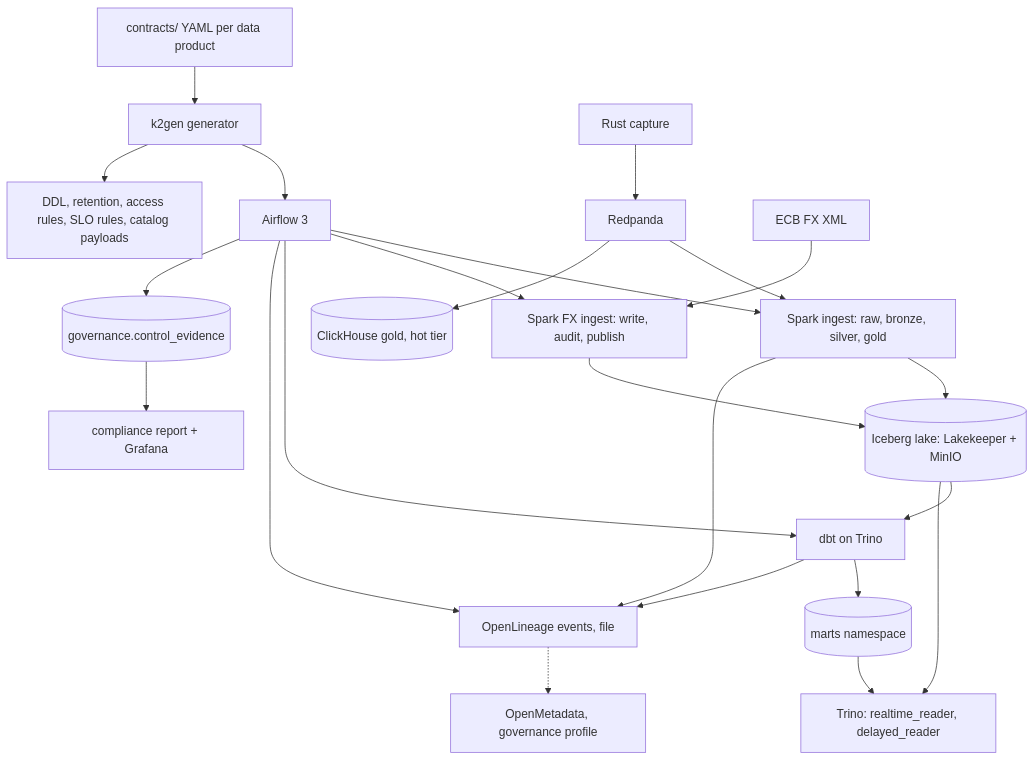
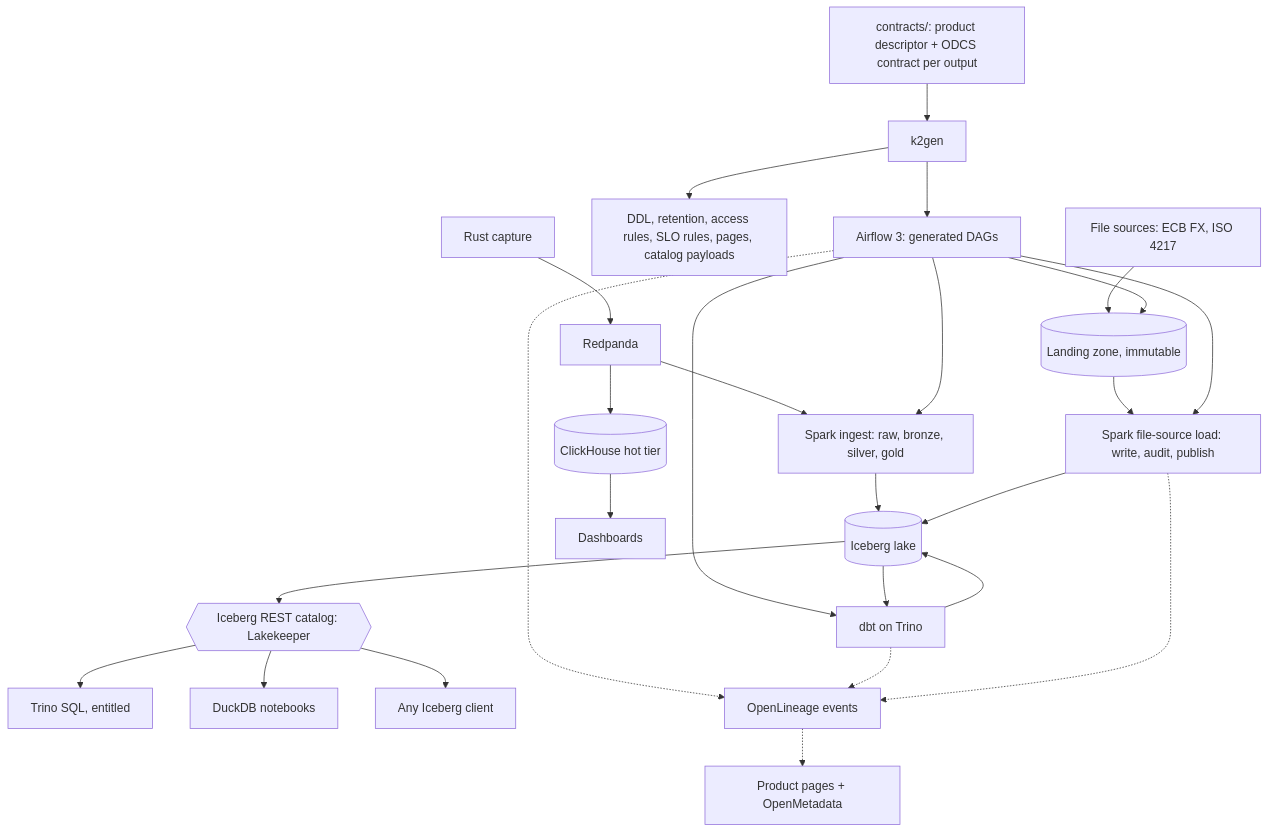
One commit to rjdscott/k2-market-data-platform changed the diagram in docs/plans/2026-11-24-governed-self-serve-platform/README.md. Above: the diagram before and after it, drawn with Mermaid. The commit also changed other lines of this file and 7 other files, not shown here.

First line of the commit message:
docs(plans): product as the unit, a file-source ingestion pattern, access points on one catalog

````diff
--- a/docs/plans/2026-11-24-governed-self-serve-platform/README.md
+++ b/docs/plans/2026-11-24-governed-self-serve-platform/README.md
@@ -189,28 +209,32 @@
 ```mermaid
 flowchart TB
-    C[contracts/ YAML per data product] --> G[k2gen generator]
-    G --> A[Airflow 3]
-    G --> R[DDL, retention, access rules, SLO rules, catalog payloads]
+    C[contracts/: product descriptor + ODCS contract per output] --> G[k2gen]
+    G --> A[Airflow 3: generated DAGs]
+    G --> R[DDL, retention, access rules, SLO rules, pages, catalog payloads]
 
     CAP[Rust capture] --> RP[Redpanda]
     RP --> SP[Spark ingest: raw, bronze, silver, gold]
-    ECB[ECB FX XML] --> FX[Spark FX ingest: write, audit, publish]
+    SRC[File sources: ECB FX, ISO 4217] --> LZ[(Landing zone, immutable)]
+    LZ --> FS[Spark file-source load: write, audit, publish]
     A --> SP
-    A --> FX
+    A --> LZ
+    A --> FS
     A --> DBT[dbt on Trino]
 
-    SP --> L[(Iceberg lake: Lakekeeper + MinIO)]
-    FX --> L
+    SP --> L[(Iceberg lake)]
+    FS --> L
     L --> DBT
-    DBT --> M[(marts namespace)]
-    RP --> CH[(ClickHouse gold, hot tier)]
+    DBT --> L
+    L --> CAT{{Iceberg REST catalog: Lakekeeper}}
+    RP --> CH[(ClickHouse hot tier)]
 
-    M --> T[Trino: realtime_reader, delayed_reader]
-    L --> T
-    A --> OL[OpenLineage events, file]
-    DBT --> OL
-    SP --> OL
-    OL -.-> OM[OpenMetadata, governance profile]
-    A --> EV[(governance.control_evidence)]
-    EV --> REP[compliance report + Grafana]
+    CAT --> T[Trino SQL, entitled]
+    CAT --> DD[DuckDB notebooks]
+    CAT --> BYO[Any Iceberg client]
+    CH --> DASH[Dashboards]
+
+    A -.-> OL[OpenLineage events]
+    DBT -.-> OL
+    FS -.-> OL
+    OL -.-> OM[Product pages + OpenMetadata]
 ```
````
